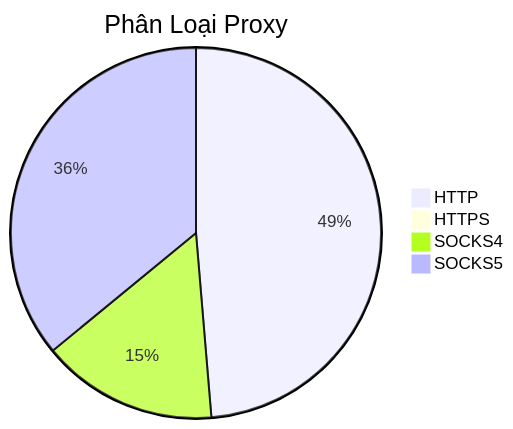
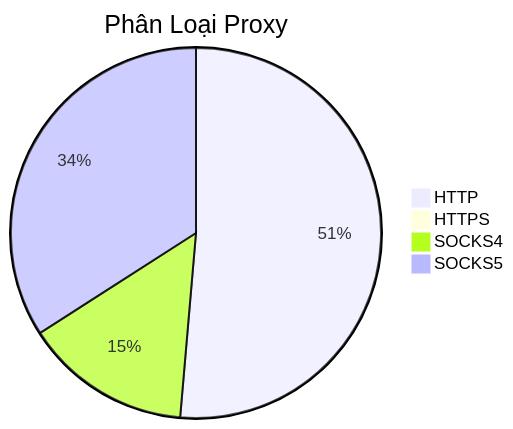
One commit to Ciara-Aa/PROXY-free changed the diagram in README.md. Above: the diagram before and after it, drawn with Mermaid. The commit also changed other lines of this file and 4 other files, not shown here.

````diff
--- a/README.md
+++ b/README.md
@@ -26,7 +26,7 @@
 ```mermaid
 pie title Phân Loại Proxy
-    "HTTP" : 348
-    "HTTPS" : 1
-    "SOCKS4" : 110
-    "SOCKS5" : 257
+    "HTTP" : 395
+    "HTTPS" : 3
+    "SOCKS4" : 112
+    "SOCKS5" : 262
 ```
````
